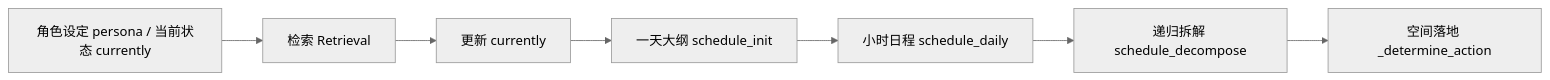
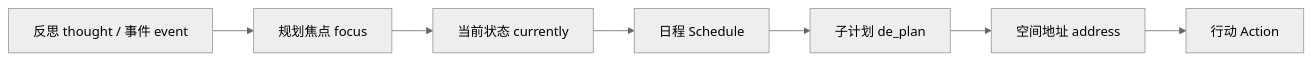
Before and after one commit to tbkken/GenerativeAgentsCN: the fourth of 4 diagrams in docs/book/manuscript/part_01/chapter_08.md, drawn with Mermaid (neutral theme). The commit also changed other lines of this file and 78 other files, not shown here.

````diff
--- a/docs/book/manuscript/part_01/chapter_08.md
+++ b/docs/book/manuscript/part_01/chapter_08.md
@@ -1147,9 +694,9 @@
 ```mermaid
 flowchart LR
-    Persona["角色设定 persona / 当前状态 currently"] --> Retrieve["检索 Retrieval"]
-    Retrieve --> Current["更新 currently"]
-    Current --> Init["一天大纲 schedule_init"]
-    Init --> Daily["小时日程 schedule_daily"]
-    Daily --> Decompose["递归拆解 schedule_decompose"]
-    Decompose --> Action["空间落地 _determine_action"]
+    Memory["反思 thought / 事件 event"] --> Focus["规划焦点 focus"]
+    Focus --> Currently["当前状态 currently"]
+    Currently --> Schedule["日程 Schedule"]
+    Schedule --> DePlan["子计划 de_plan"]
+    DePlan --> Address["空间地址 address"]
+    Address --> Action["行动 Action"]
 ```
````
